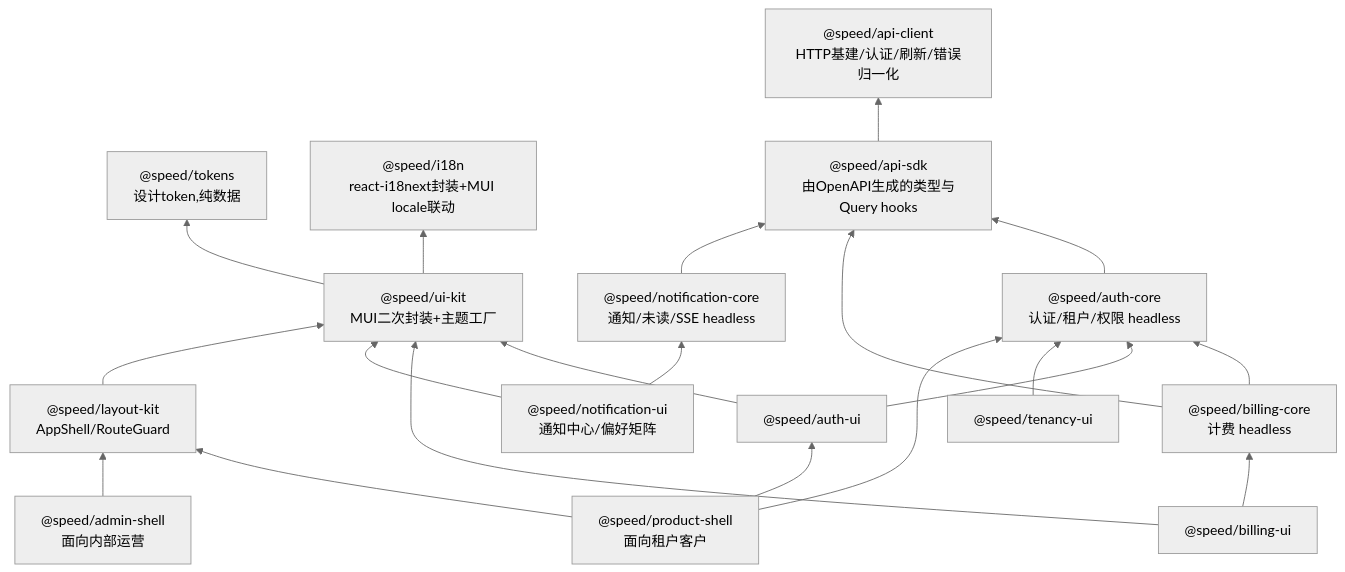
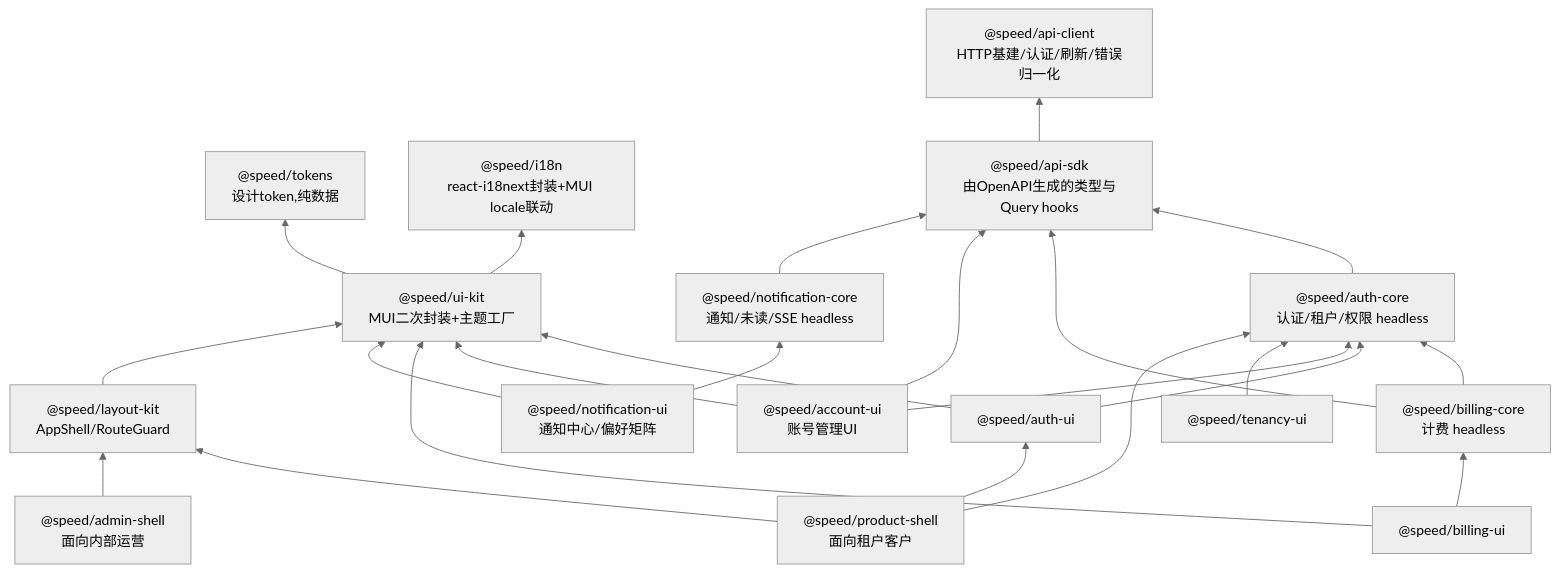
Before and after one commit to vislake/speed: the diagram in docs/internal/12-frontend.md, drawn with Mermaid (neutral theme). The commit also changed other lines of this file and 2 other files, not shown here.

First line of the commit message:
docs(internal): record the account-ui round in docs 05, 12 and 21

````diff
--- a/docs/internal/12-frontend.md
+++ b/docs/internal/12-frontend.md
@@ -7,38 +7,42 @@
 ```mermaid
 graph BT
     tokens["@speed/tokens<br/>设计token,纯数据"]
     i18n["@speed/i18n<br/>react-i18next封装+MUI locale联动"]
     uikit["@speed/ui-kit<br/>MUI二次封装+主题工厂"]
     api["@speed/api-client<br/>HTTP基建/认证/刷新/错误归一化"]
     sdk["@speed/api-sdk<br/>由OpenAPI生成的类型与Query hooks"]
     authcore["@speed/auth-core<br/>认证/租户/权限 headless"]
     billcore["@speed/billing-core<br/>计费 headless"]
     authui["@speed/auth-ui"]
+    accountui["@speed/account-ui<br/>账号管理UI"]
     tenantui["@speed/tenancy-ui"]
     billui["@speed/billing-ui"]
     notifcore["@speed/notification-core<br/>通知/未读/SSE headless"]
     notifui["@speed/notification-ui<br/>通知中心/偏好矩阵"]
     layout["@speed/layout-kit<br/>AppShell/RouteGuard"]
     pshell["@speed/product-shell<br/>面向租户客户"]
     ashell["@speed/admin-shell<br/>面向内部运营"]
 
     uikit --> tokens
     uikit --> i18n
     sdk --> api
     authcore --> sdk
     billcore --> sdk
     billcore --> authcore
     authui --> uikit
     authui --> authcore
+    accountui --> sdk
+    accountui --> uikit
+    accountui --> authcore
     tenantui --> authcore
     billui --> uikit
     billui --> billcore
     notifui --> uikit
     notifui --> notifcore
     notifcore --> sdk
     layout --> uikit
     pshell --> authcore
     pshell --> authui
     pshell --> layout
     ashell --> layout
 ```
````
